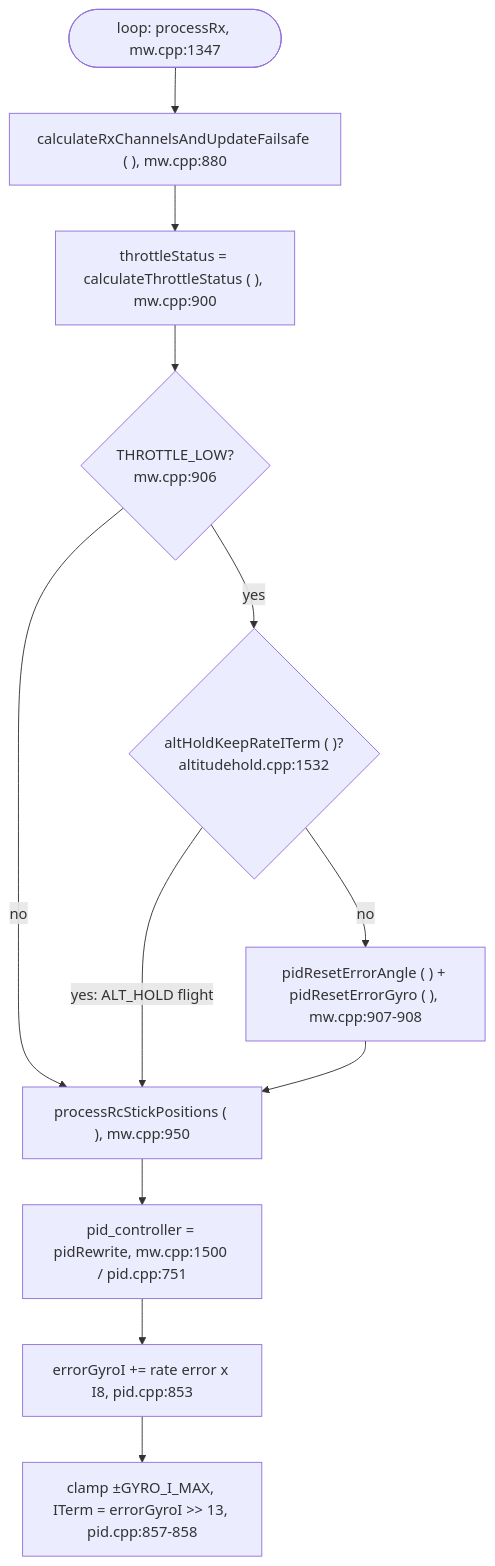
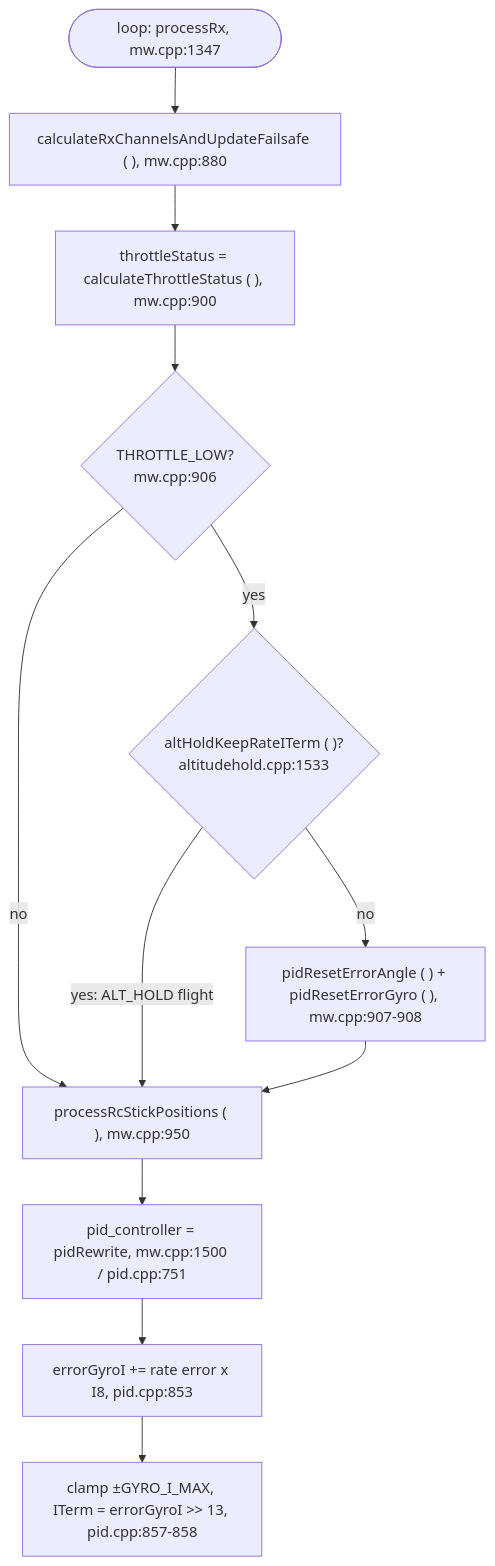
One commit to DronaAviation/MagisV2 changed the second of 3 diagrams in docs/fw-development-reference/fw-architecture-pipeline/subsystems/Core_PID_Controller.md. Above: the diagram before and after it, drawn with Mermaid. The commit also changed other lines of this file and 9 other files, not shown here.

````diff
--- a/docs/fw-development-reference/fw-architecture-pipeline/subsystems/Core_PID_Controller.md
+++ b/docs/fw-development-reference/fw-architecture-pipeline/subsystems/Core_PID_Controller.md
@@ -145,14 +146,14 @@
 ```mermaid
 flowchart TD
     Loop([loop: processRx, mw.cpp:1347]) --> Rx["calculateRxChannelsAndUpdateFailsafe ( ), mw.cpp:880"]
     Rx --> Status["throttleStatus = calculateThrottleStatus ( ), mw.cpp:900"]
     Status --> Low{"THROTTLE_LOW?<br/>mw.cpp:906"}
     Low -- no --> Sticks
-    Low -- yes --> Keep{"altHoldKeepRateITerm ( )?<br/>altitudehold.cpp:1532"}
+    Low -- yes --> Keep{"altHoldKeepRateITerm ( )?<br/>altitudehold.cpp:1533"}
     Keep -- "yes: ALT_HOLD flight" --> Sticks
     Keep -- no --> Reset["pidResetErrorAngle ( ) + pidResetErrorGyro ( ), mw.cpp:907-908"]
     Reset --> Sticks["processRcStickPositions ( ), mw.cpp:950"]
     Sticks --> PID["pid_controller = pidRewrite, mw.cpp:1500 / pid.cpp:751"]
     PID --> Integrate["errorGyroI += rate error x I8, pid.cpp:853"]
     Integrate --> Clamp["clamp ±GYRO_I_MAX, ITerm = errorGyroI >> 13, pid.cpp:857-858"]
 ```
````
